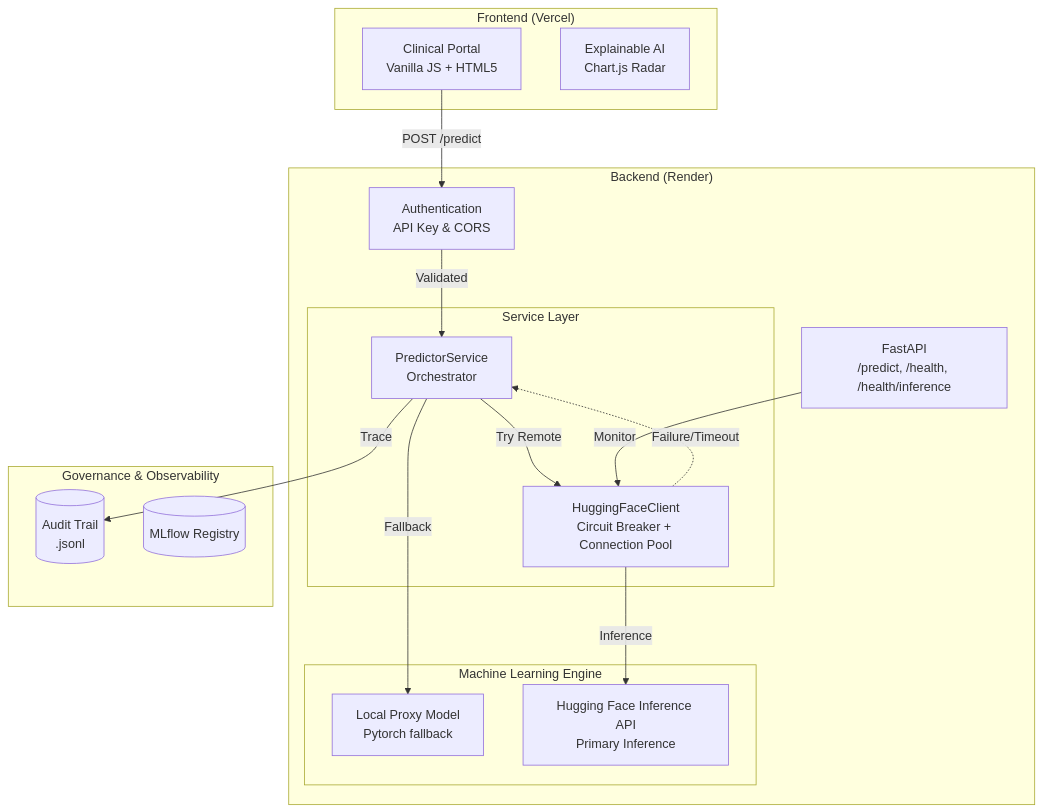
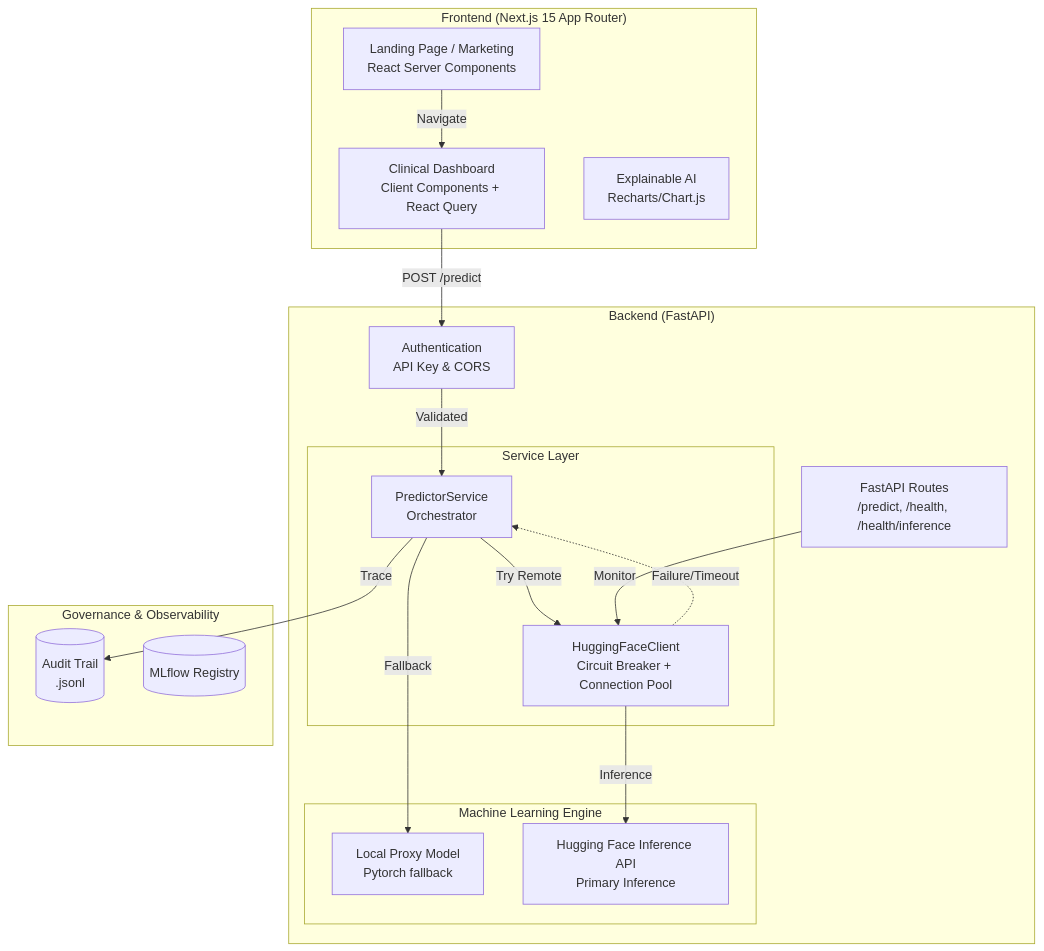
The diagram in README.md (vdfs89/Aether_Oncology), drawn with Mermaid before and after one commit. The commit also changed other lines of this file, not shown here.

Commit message:
docs: update README with Next.js architecture and Oral Cancer dataset (v3.0)

````diff
--- a/README.md
+++ b/README.md
@@ -146,36 +144,38 @@
 ```mermaid
 graph TD
-    subgraph "Frontend (Vercel)"
-        UI["Clinical Portal<br/>Vanilla JS + HTML5"]
-        XAI["Explainable AI<br/>Chart.js Radar"]
+    subgraph "Frontend (Next.js 15 App Router)"
+        UI["Landing Page / Marketing<br/>React Server Components"]
+        Dash["Clinical Dashboard<br/>Client Components + React Query"]
+        XAI["Explainable AI<br/>Recharts/Chart.js"]
     end
 
-    subgraph "Backend (Render)"
+    subgraph "Backend (FastAPI)"
         Auth["Authentication<br/>API Key & CORS"]
-        API["FastAPI<br/>/predict, /health, /health/inference"]
+        API["FastAPI Routes<br/>/predict, /health, /health/inference"]
         
         subgraph "Service Layer"
             Service["PredictorService<br/>Orchestrator"]
             Client["HuggingFaceClient<br/>Circuit Breaker + Connection Pool"]
         end
         
         subgraph "Machine Learning Engine"
             LocalProxy["Local Proxy Model<br/>Pytorch fallback"]
             HF_API["Hugging Face Inference API<br/>Primary Inference"]
         end
     end
 
     subgraph "Governance & Observability"
         AuditLog[("Audit Trail<br/>.jsonl")]
         MLflow[("MLflow Registry")]
     end
 
-    UI -->|POST /predict| Auth
+    UI -->|Navigate| Dash
+    Dash -->|POST /predict| Auth
     Auth -->|Validated| Service
     Service -->|Try Remote| Client
     Client -->|Inference| HF_API
     Client -.->|Failure/Timeout| Service
     Service -->|Fallback| LocalProxy
     Service -->|Trace| AuditLog
     API -->|Monitor| Client
 ```
````
